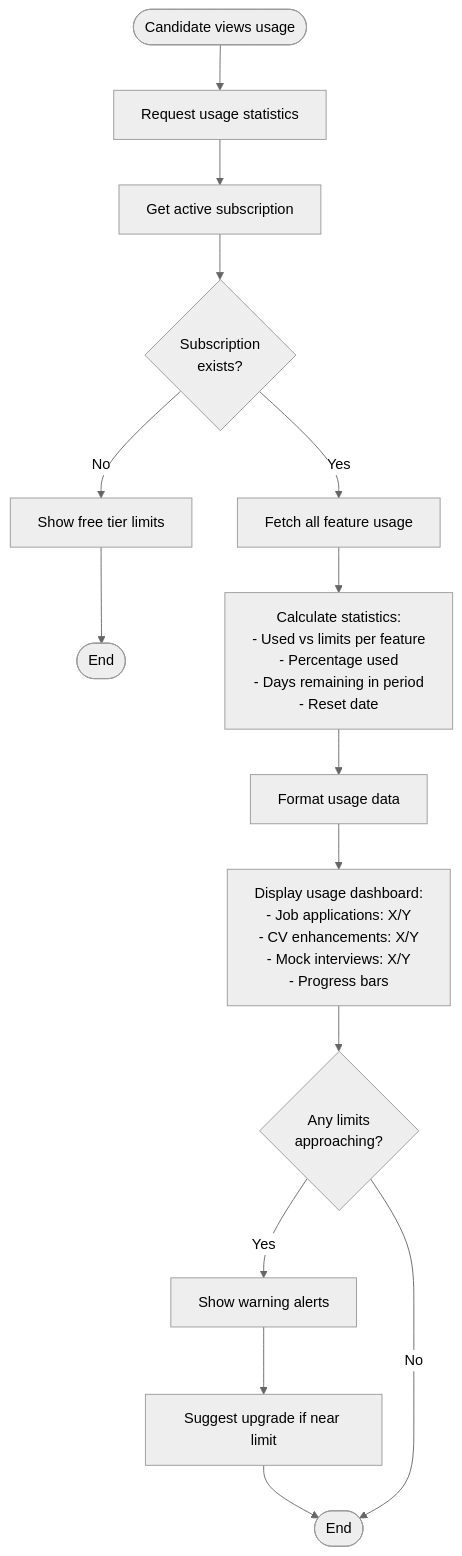
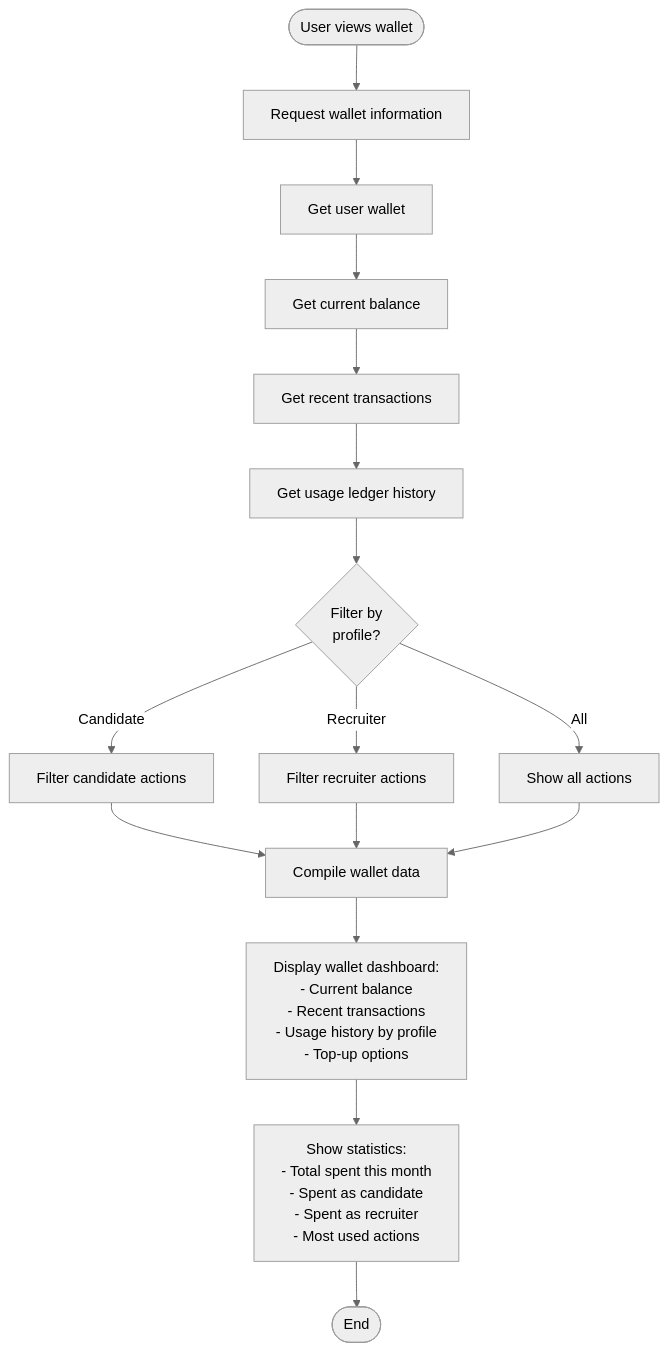
The fourth of 12 diagrams in services/connect-career-be/docs/subscription.md (duythong28/connect-career-be), drawn with Mermaid (neutral theme) before and after one commit. The commit also changed other lines of this file and 49 other files, not shown here.

Commit message:
feat: implement Pay-As-You-Go wallet system with user wallet management, payment processing, and transaction tracking, including new services, controllers, and DTOs

````diff
--- a/services/connect-career-be/docs/subscription.md
+++ b/services/connect-career-be/docs/subscription.md
@@ -1530,21 +731,21 @@
 ```mermaid
 flowchart TD
-    Start([Candidate views usage]) --> RequestUsage[Request usage statistics]
-    RequestUsage --> GetSubscription[Get active subscription]
-    GetSubscription --> CheckExists{Subscription<br/>exists?}
+    Start([User views wallet]) --> RequestWallet[Request wallet information]
+    RequestWallet --> GetWallet[Get user wallet]
+    GetWallet --> GetBalance[Get current balance]
+    GetBalance --> GetTransactions[Get recent transactions]
+    GetTransactions --> GetUsageHistory[Get usage ledger history]
+    GetUsageHistory --> FilterByProfile{Filter by<br/>profile?}
 
-    CheckExists -->|No| ShowFreeLimits[Show free tier limits]
-    ShowFreeLimits --> End1([End])
+    FilterByProfile -->|Candidate| FilterCandidate[Filter candidate actions]
+    FilterByProfile -->|Recruiter| FilterRecruiter[Filter recruiter actions]
+    FilterByProfile -->|All| ShowAll[Show all actions]
 
-    CheckExists -->|Yes| FetchUsage[Fetch all feature usage]
-    FetchUsage --> CalculateStats[Calculate statistics:<br/>- Used vs limits per feature<br/>- Percentage used<br/>- Days remaining in period<br/>- Reset date]
-    CalculateStats --> FormatData[Format usage data]
-    FormatData --> DisplayUsage[Display usage dashboard:<br/>- Job applications: X/Y<br/>- CV enhancements: X/Y<br/>- Mock interviews: X/Y<br/>- Progress bars]
-    DisplayUsage --> ShowWarnings{Any limits<br/>approaching?}
+    FilterCandidate --> CompileData[Compile wallet data]
+    FilterRecruiter --> CompileData
+    ShowAll --> CompileData
 
-    ShowWarnings -->|Yes| ShowAlerts[Show warning alerts]
-    ShowAlerts --> ShowUpgrade[Suggest upgrade if near limit]
-    ShowUpgrade --> End2([End])
-
-    ShowWarnings -->|No| End2
+    CompileData --> DisplayWallet[Display wallet dashboard:<br/>- Current balance<br/>- Recent transactions<br/>- Usage history by profile<br/>- Top-up options]
+    DisplayWallet --> ShowStats[Show statistics:<br/>- Total spent this month<br/>- Spent as candidate<br/>- Spent as recruiter<br/>- Most used actions]
+    ShowStats --> End([End])
 ```
````
